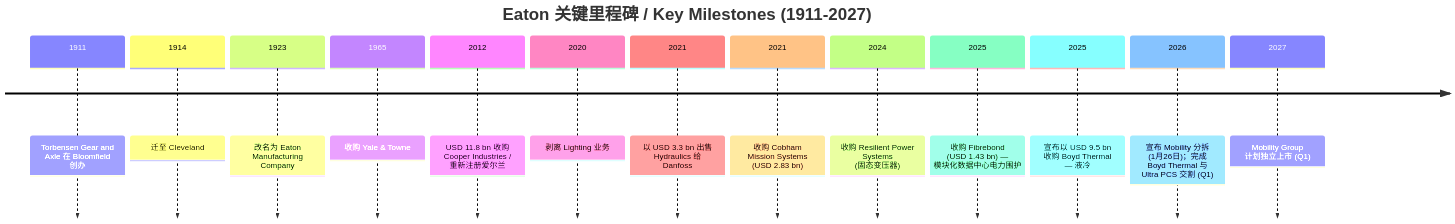
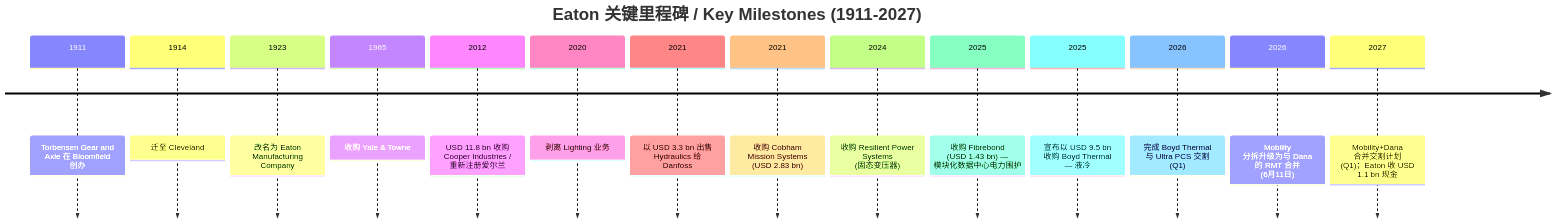
One commit to dadachundan/financial_agent changed the first of 6 diagrams in reports/company/Eaton_NYSE_ETN/Eaton_NYSE_ETN_公司研究.md. Above: the diagram before and after it, drawn with Mermaid. The commit also changed other lines of this file and 9 other files, not shown here.

First line of the commit message:
feat(company-research): refresh Eaton (ETN) to current spec — Overweight/PT $460, Dana RMT, decision layer + 9 inline-SVG charts

````diff
--- a/reports/company/Eaton_NYSE_ETN/Eaton_NYSE_ETN_公司研究.md
+++ b/reports/company/Eaton_NYSE_ETN/Eaton_NYSE_ETN_公司研究.md
@@ -70,17 +482,18 @@
 ```mermaid
 timeline
     title Eaton 关键里程碑 / Key Milestones (1911-2027)
     1911 : Torbensen Gear and Axle 在 Bloomfield 创办
     1914 : 迁至 Cleveland
     1923 : 改名为 Eaton Manufacturing Company
     1965 : 收购 Yale & Towne
     2012 : USD 11.8 bn 收购 Cooper Industries / 重新注册爱尔兰
     2020 : 剥离 Lighting 业务
     2021 : 以 USD 3.3 bn 出售 Hydraulics 给 Danfoss
     2021 : 收购 Cobham Mission Systems (USD 2.83 bn)
     2024 : 收购 Resilient Power Systems (固态变压器)
     2025 : 收购 Fibrebond (USD 1.43 bn) — 模块化数据中心电力围护
     2025 : 宣布以 USD 9.5 bn 收购 Boyd Thermal — 液冷
-    2026 : 宣布 Mobility 分拆 (1月26日)；完成 Boyd Thermal 与 Ultra PCS 交割 (Q1)
-    2027 : Mobility Group 计划独立上市 (Q1)
+    2026 : 完成 Boyd Thermal 与 Ultra PCS 交割 (Q1)
+    2026 : Mobility 分拆升级为与 Dana 的 RMT 合并 (6月11日)
+    2027 : Mobility+Dana 合并交割计划 (Q1)；Eaton 收 USD 1.1 bn 现金
 ```
````
